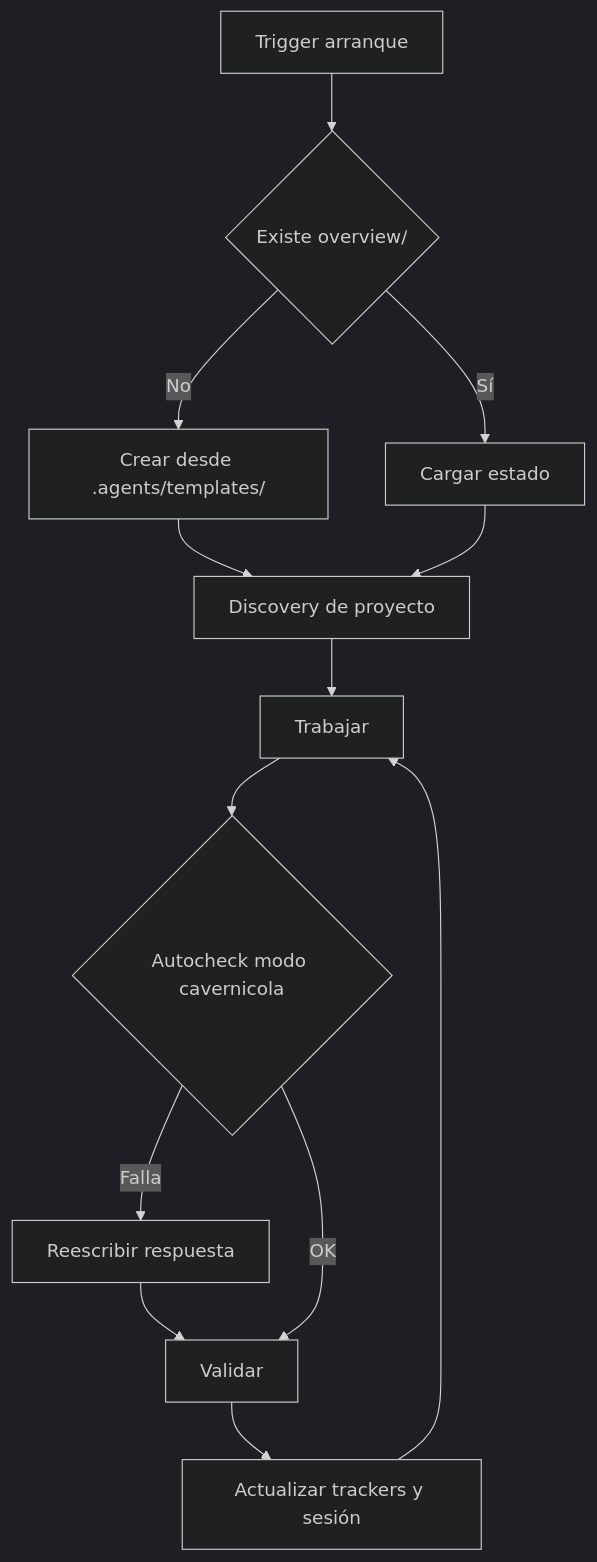
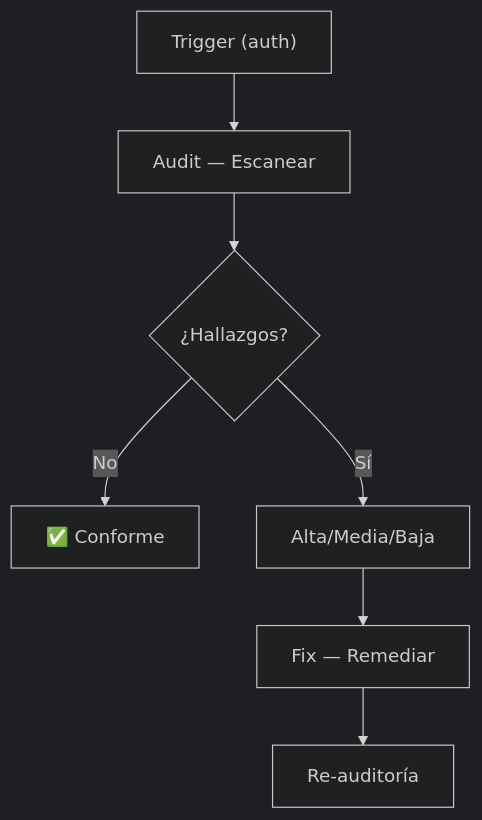
Before and after one commit to Agent-Rules-Ecosystem/backend-auth-oauth-agent-skill: the diagram in core/brain.md, drawn with Mermaid (dark theme). The commit also changed other lines of this file and 34 other files, not shown here.

````diff
--- a/core/brain.md
+++ b/core/brain.md
@@ -5,15 +5,9 @@
 ```mermaid
 graph TD
-    A[Trigger arranque] --> B{Existe overview/}
-    B -- No --> C[Crear desde .agents/templates/]
-    B -- Sí --> D[Cargar estado]
-    C --> E[Discovery de proyecto]
-    D --> E
-    E --> F[Trabajar]
-    F --> M{Autocheck modo cavernicola}
-    M -- Falla --> R[Reescribir respuesta]
-    R --> G[Validar]
-    M -- OK --> G
-    G --> H[Actualizar trackers y sesión]
-    H --> F
+    A["Trigger (auth)"] --> B["Audit — Escanear"]
+    B --> C{¿Hallazgos?}
+    C -- No --> D["✅ Conforme"]
+    C -- Sí --> E["Alta/Media/Baja"]
+    E --> F["Fix — Remediar"]
+    F --> G["Re-auditoría"]
 ```
````
